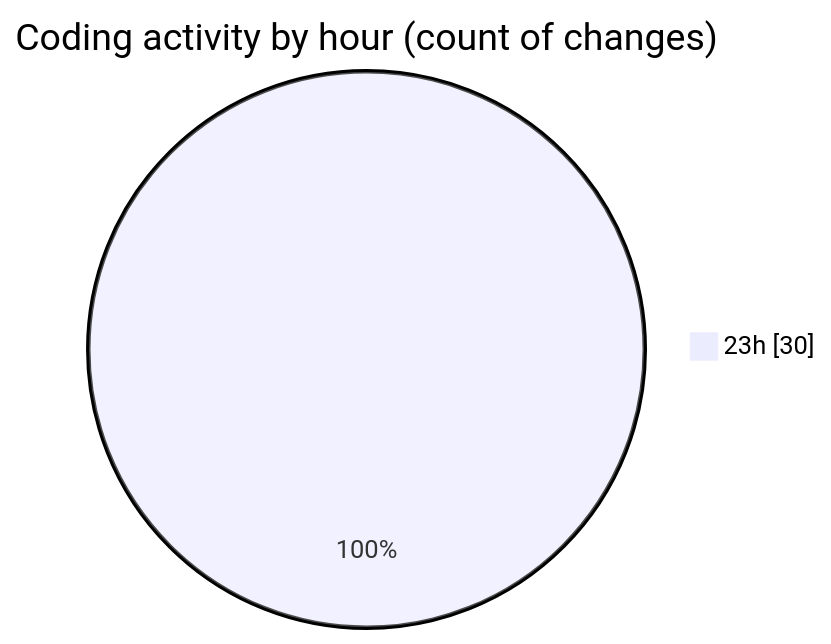
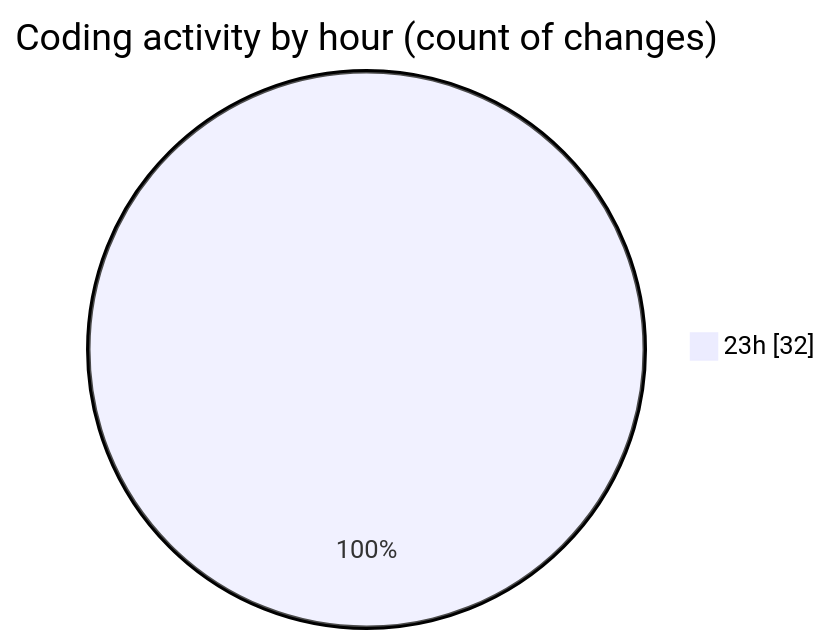
Before and after one commit to donsfak/code-tracking: the second of 2 diagrams in 2025-02-26/drivers_app/README.md, drawn with Mermaid. The commit also changed other lines of this file and 1 other file, not shown here.

````diff
--- a/2025-02-26/drivers_app/README.md
+++ b/2025-02-26/drivers_app/README.md
@@ -33,5 +35,5 @@
 ```mermaid
 pie showData
 title Coding activity by hour (count of changes)
-"23h" : 30
+"23h" : 32
 ```
````
